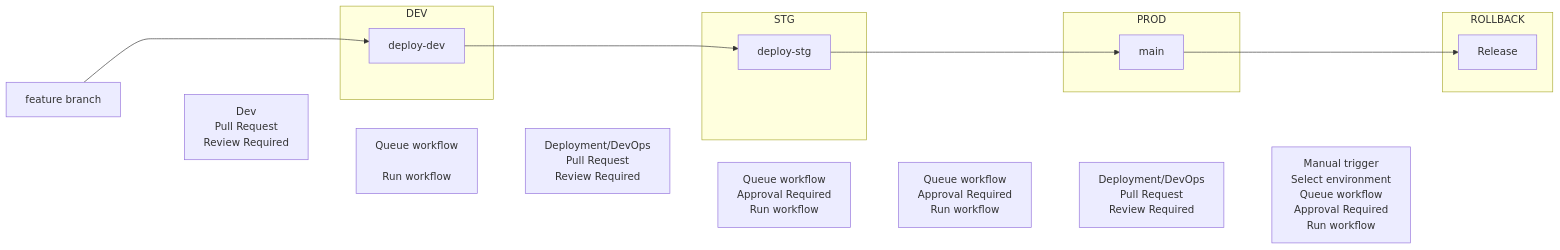
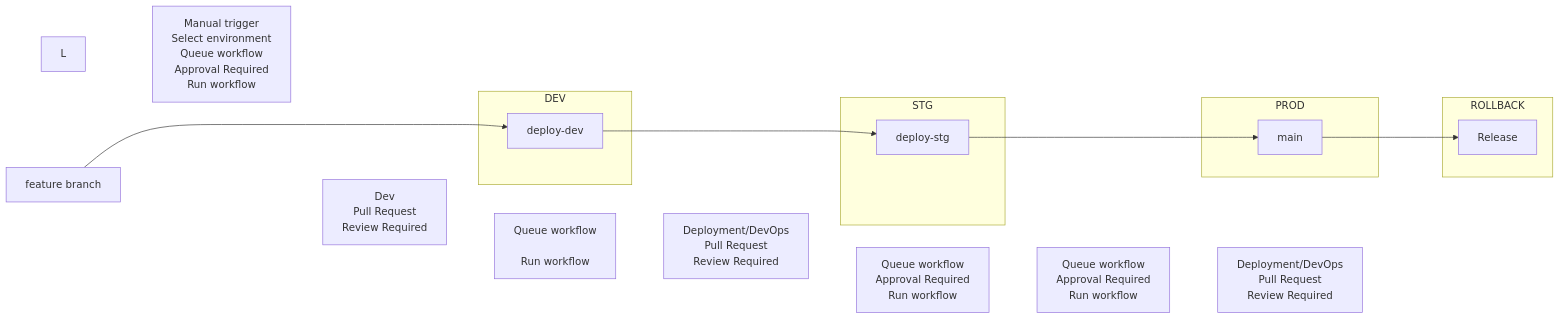
One commit to fritzramos-gf/Workflows changed the diagram in Gates-Workflow.md. Above: the diagram before and after it, drawn with Mermaid.

````diff
--- a/Gates-Workflow.md
+++ b/Gates-Workflow.md
@@ -1,39 +1,39 @@
 ```mermaid
 flowchart LR
     A[feature branch] ----> B
     A ~~~ C["Dev\nPull Request\nReview Required"]
     C ~~~ B
     subgraph DEV
         B[deploy-dev]
     end
      C ~~~ G["Queue workflow
         \nRun workflow"]
 
     B ---> D
     G ~~~ H["Deployment/DevOps\nPull Request\nReview Required"]
     H ~~~ D
     subgraph STG
         D[deploy-stg]
     end
     D ---> E
     H ~~~ I["Queue workflow\nApproval Required\nRun workflow"]
     subgraph PROD
         E[main]
     end
     I ~~~ J["Queue workflow\nApproval Required\nRun workflow"]
     E ---> F
     J ~~~ K["Deployment/DevOps\nPull Request\nReview Required"] 
     subgraph ROLLBACK
         F[Release]
     end
-    K ~~~ L["Manual trigger\nSelect environment\nQueue workflow\nApproval Required\nRun workflow"]
+    L ~~~ M["Manual trigger\nSelect environment\nQueue workflow\nApproval Required\nRun workflow"]
 
 
 
 
 
 
 
 
 
 ```
````
